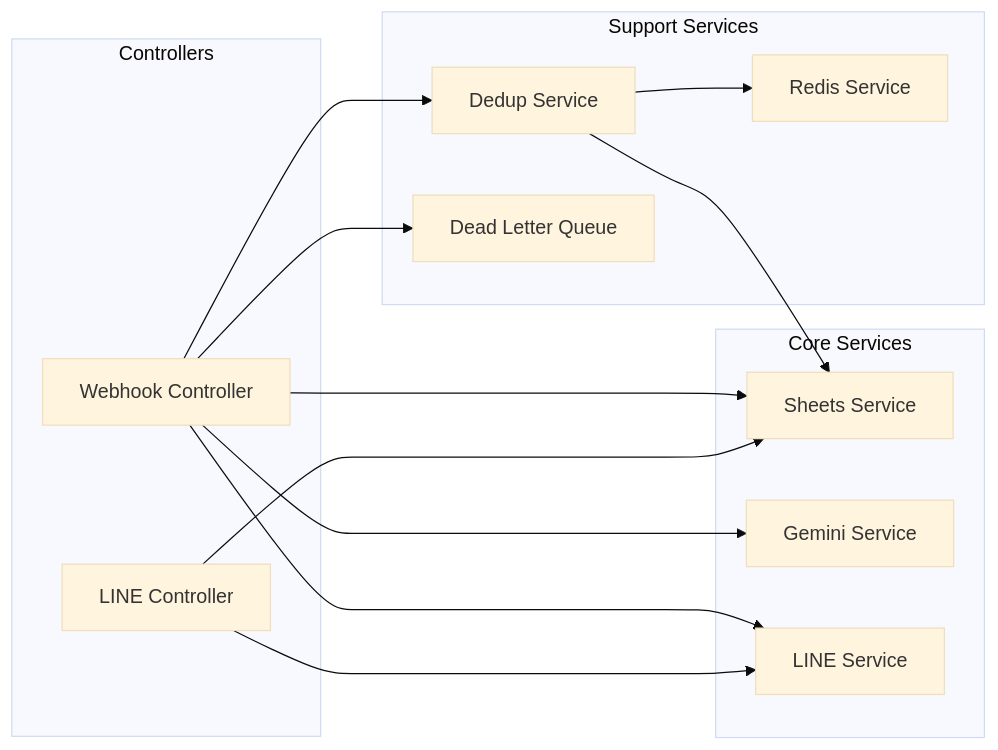
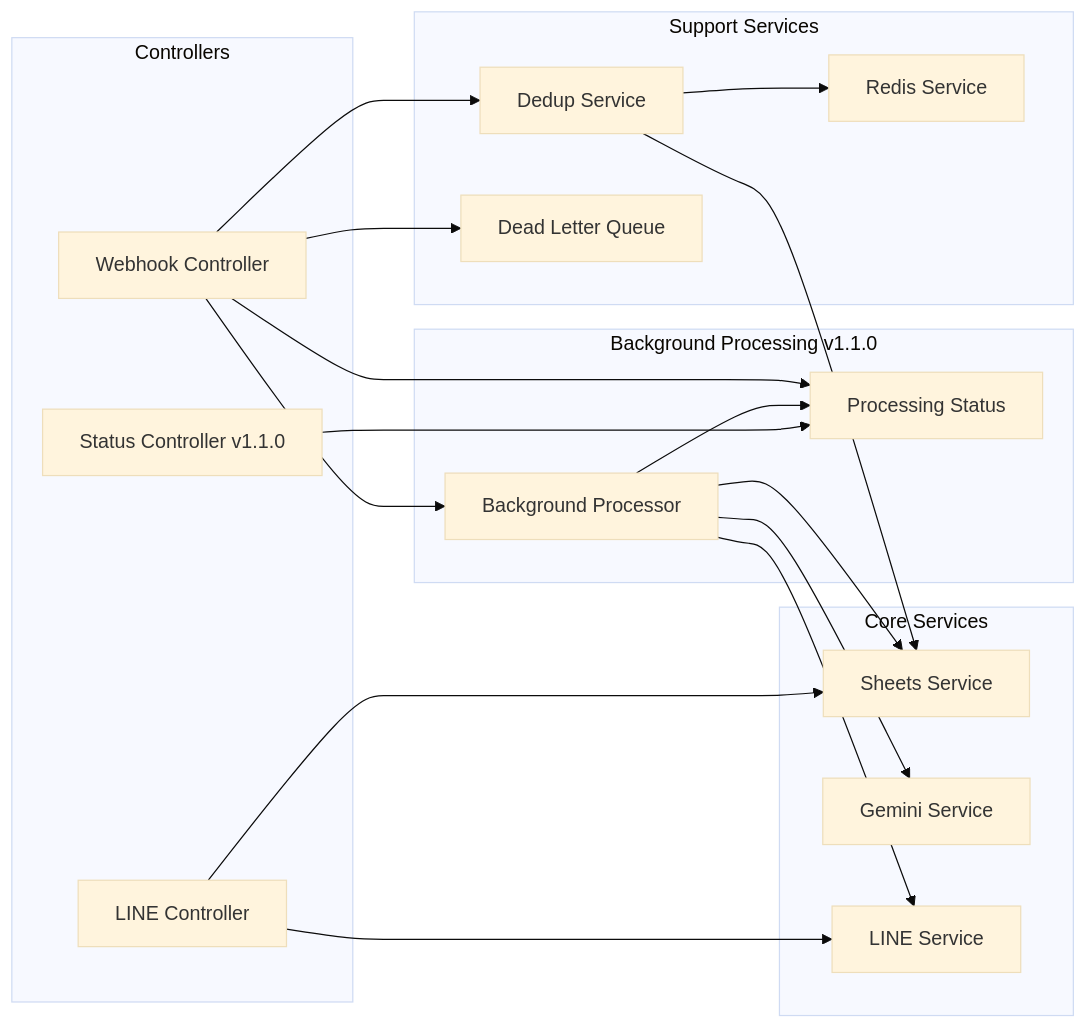
The sixth of 10 diagrams in docs/ARCHITECTURE.md (Jirawatpyk/ENEOS-Sales-Automation), drawn with Mermaid (base theme) before and after one commit. The commit also changed other lines of this file and 11 other files, not shown here.

First line of the commit message:
feat: add Background Processing with Status API (v1.1.0)

````diff
--- a/docs/ARCHITECTURE.md
+++ b/docs/ARCHITECTURE.md
@@ -227,31 +292,41 @@
 ```mermaid
 graph LR
     subgraph Controllers
         WC[Webhook Controller]
         LC[LINE Controller]
+        SC[Status Controller v1.1.0]
+    end
+
+    subgraph Background Processing v1.1.0
+        BP[Background Processor]
+        PS[Processing Status]
     end
 
     subgraph Core Services
         SS[Sheets Service]
         GS[Gemini Service]
         LS[LINE Service]
     end
 
     subgraph Support Services
         DS[Dedup Service]
         DLQ[Dead Letter Queue]
         RS[Redis Service]
     end
 
-    WC --> SS
-    WC --> GS
-    WC --> LS
     WC --> DS
+    WC --> BP
+    WC --> PS
+    BP --> GS
+    BP --> SS
+    BP --> LS
+    BP --> PS
+    SC --> PS
     WC --> DLQ
 
     LC --> SS
     LC --> LS
 
     DS --> SS
     DS --> RS
 ```
````
